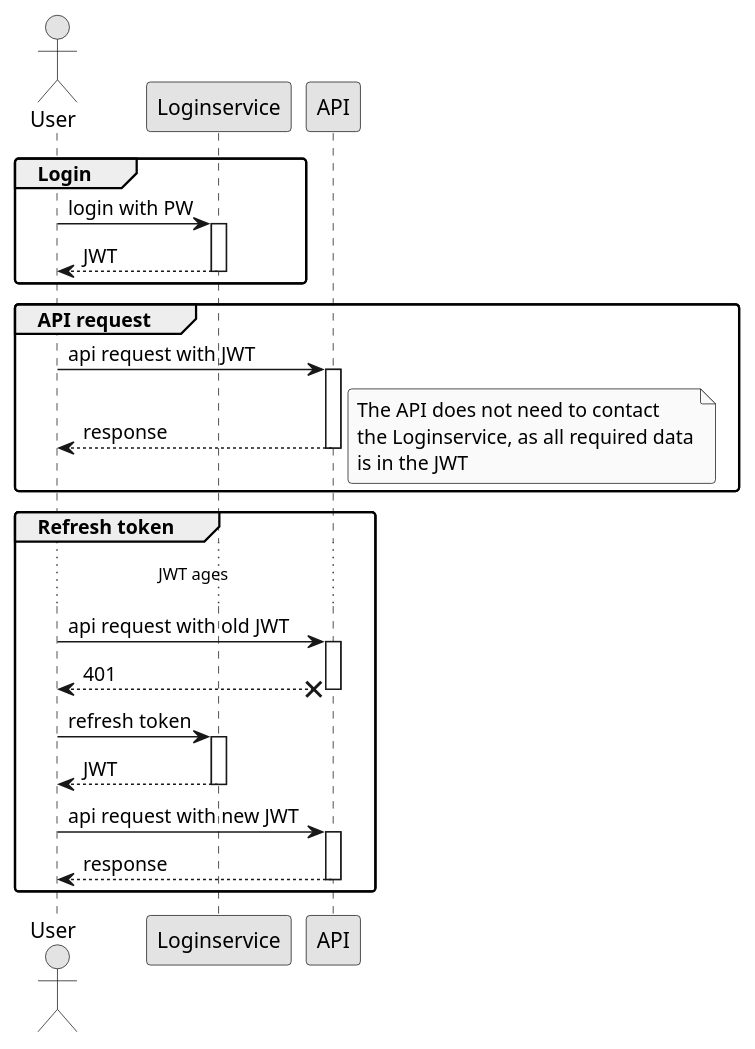
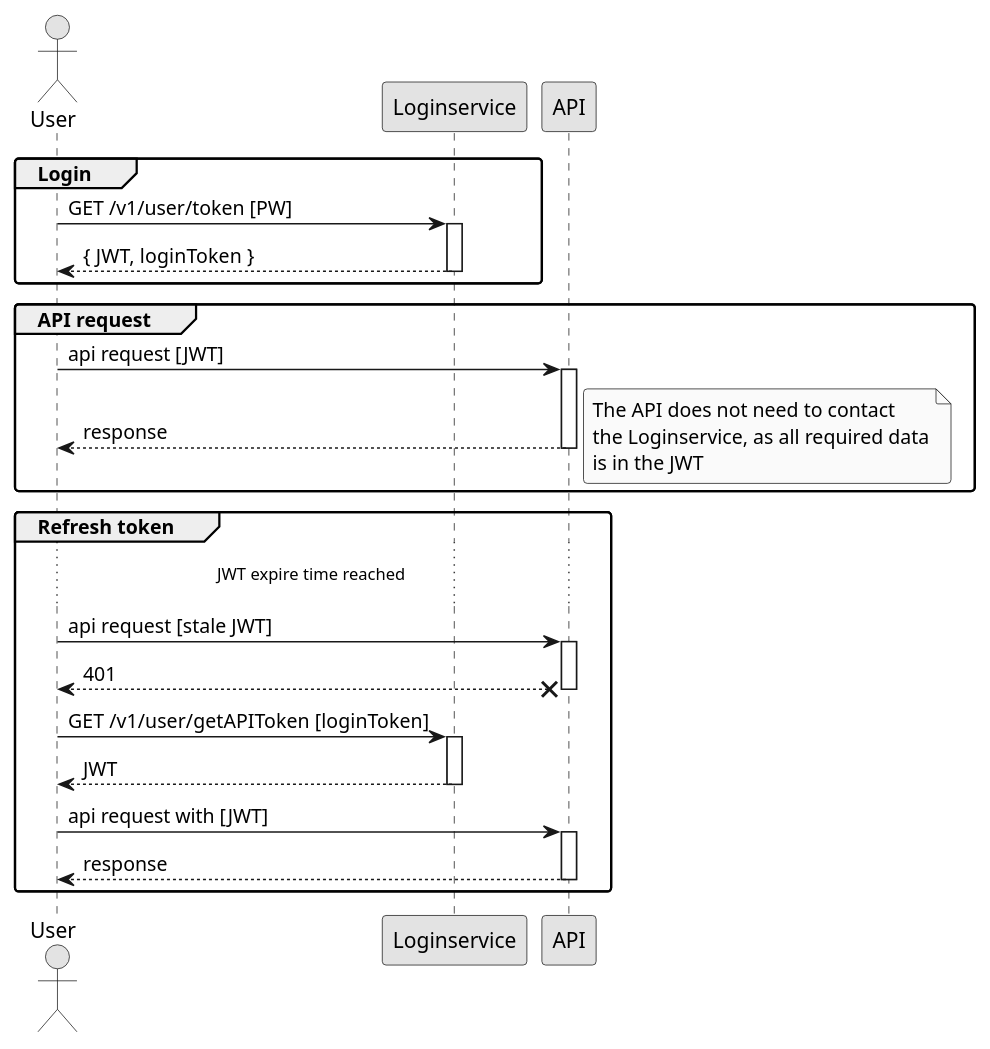
One commit to phuhl/apparts-login-server changed the second of 3 diagrams in README.org. Above: the diagram before and after it, drawn with PlantUML. The commit also changed other lines of this file and 24 other files, not shown here.

```diff
--- a/README.org
+++ b/README.org
@@ -301,46 +360,46 @@
 #+BEGIN_SRC plantuml :exports results :file login.png
 actor User
 skinparam roundcorner 5
 skinparam monochrome true
 skinparam shadowing false
 
 group Login
-User -> Loginservice : login with PW
+User -> Loginservice : GET /v1/user/token [PW]
 activate Loginservice
-User <-- Loginservice : JWT
+User <-- Loginservice : { JWT, loginToken }
 deactivate Loginservice
 end
 
 group API request
-User -> API : api request with JWT
+User -> API : api request [JWT]
 activate API
 API --> User : response
 deactivate API
 note right
 The API does not need to contact
 the Loginservice, as all required data
 is in the JWT
 end note
 end
 
 group Refresh token
 
-... JWT ages  ...
+... JWT expire time reached  ...
 
-User -> API : api request with old JWT
-activate API
+User -> API : api request [stale JWT]
+Activate API
 User <--x API : 401
 deactivate API
 
-User -> Loginservice : refresh token
+User -> Loginservice : GET /v1/user/getAPIToken [loginToken]
 activate Loginservice
 User <-- Loginservice : JWT
 deactivate Loginservice
 
-User -> API : api request with new JWT
+User -> API : api request with [JWT]
 activate API
 API --> User : response
 deactivate API
 end
 
 #+END_SRC
```
